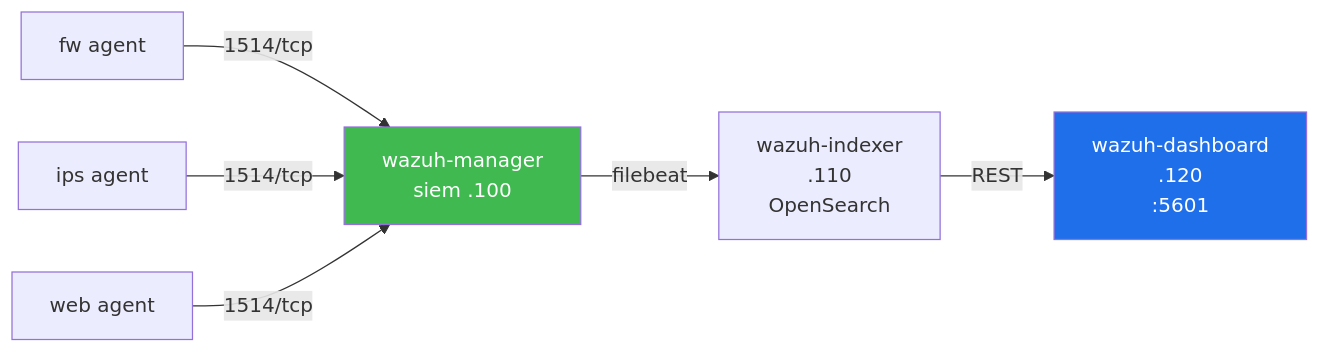
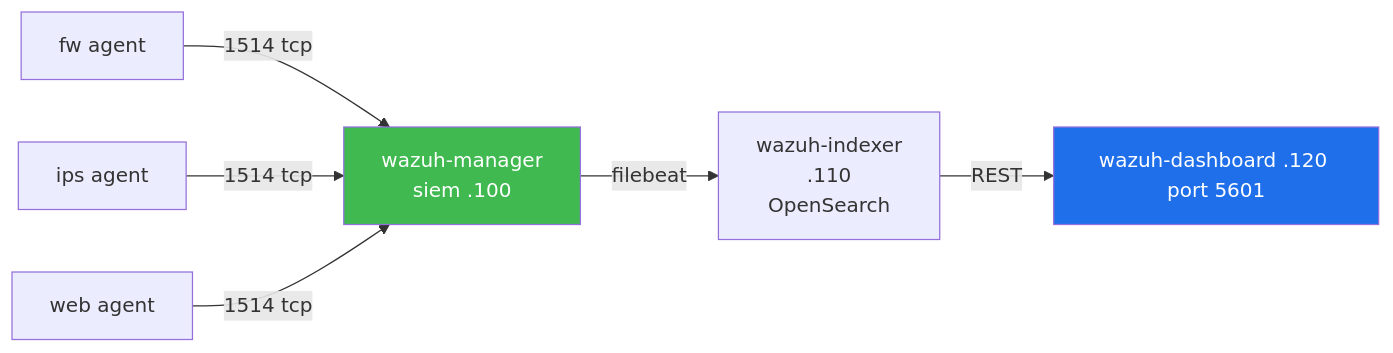
The third of 10 diagrams in contents/standalone/lecture/secuops/week01.md (mrgrit/ccc), drawn with Mermaid before and after one commit. The commit also changed other lines of this file and 3 other files, not shown here.

First line of the commit message:
fix(ui): mermaid 렌더링 보강 (securityLevel loose + setTimeout) + W01 mermaid syntax + W02 재작성

````diff
--- a/contents/standalone/lecture/secuops/week01.md
+++ b/contents/standalone/lecture/secuops/week01.md
@@ -265,10 +265,10 @@
 ```mermaid
 graph LR
-    A1[fw agent] -->|1514/tcp| MGR[wazuh-manager<br/>siem .100]
-    A2[ips agent] -->|1514/tcp| MGR
-    A3[web agent] -->|1514/tcp| MGR
+    A1[fw agent] -->|1514 tcp| MGR[wazuh-manager<br/>siem .100]
+    A2[ips agent] -->|1514 tcp| MGR
+    A3[web agent] -->|1514 tcp| MGR
     MGR -->|filebeat| IDX[wazuh-indexer<br/>.110<br/>OpenSearch]
-    IDX -->|REST| DASH[wazuh-dashboard<br/>.120<br/>:5601]
+    IDX -->|REST| DASH["wazuh-dashboard .120 port 5601"]
     style MGR fill:#3fb950,color:#fff
     style DASH fill:#1f6feb,color:#fff
 ```
````
